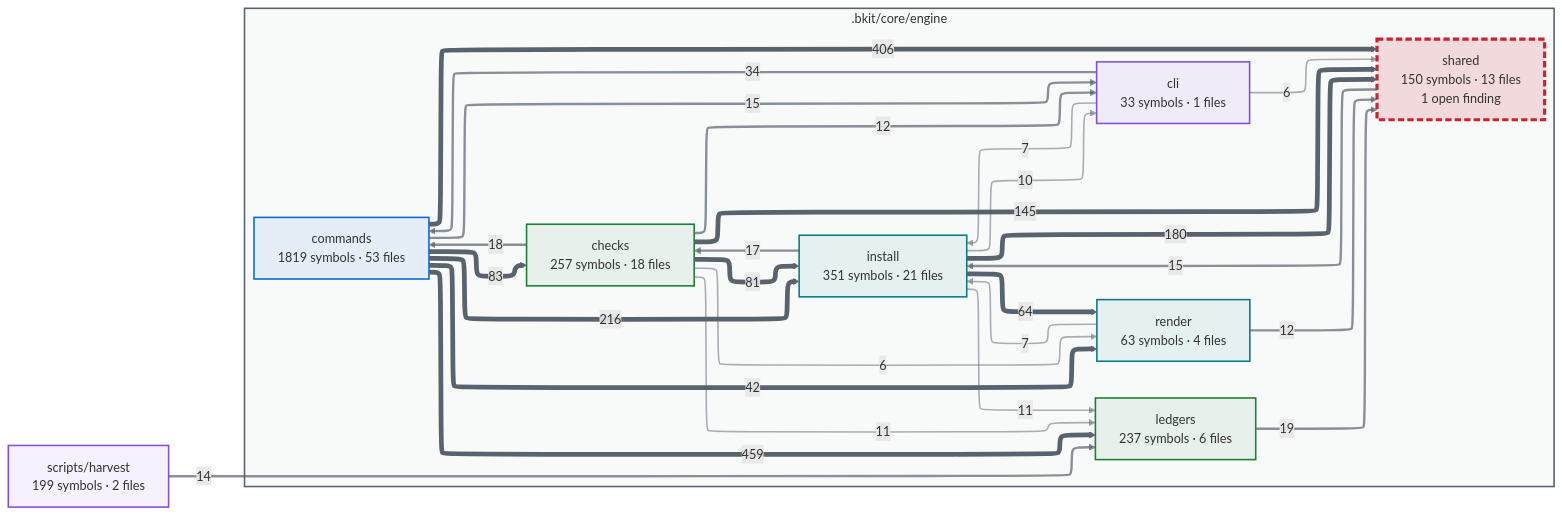
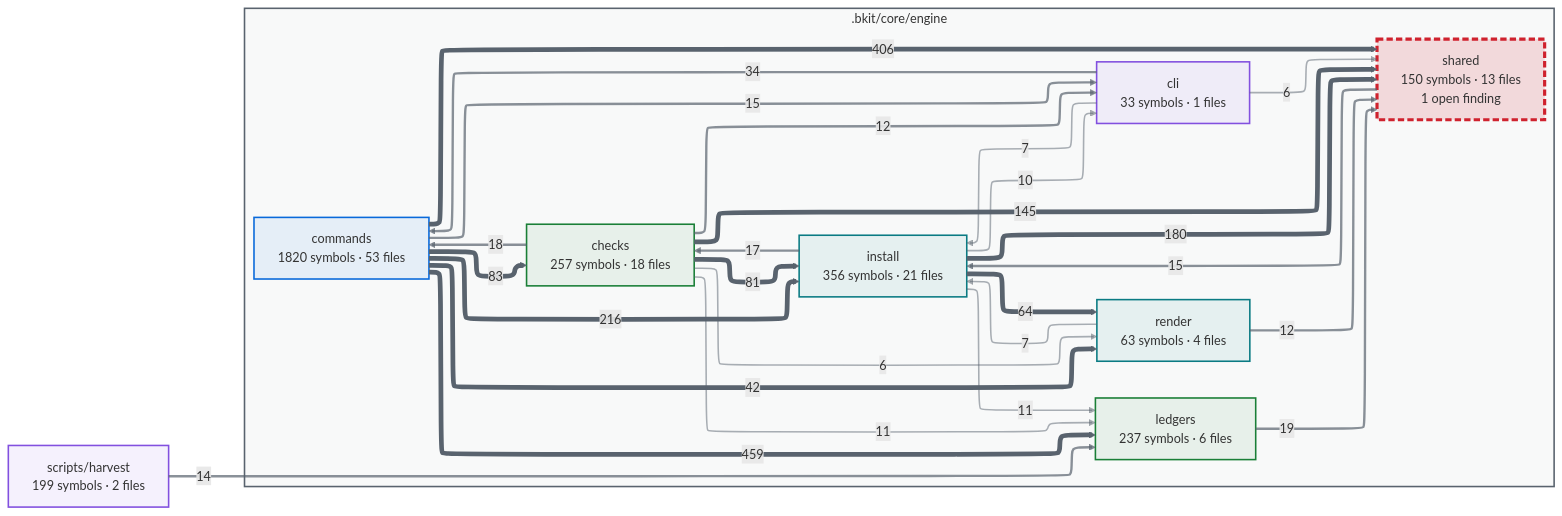
One commit to cbartens/bkit changed the first of 2 diagrams in docs/capabilities.md. Above: the diagram before and after it, drawn with Mermaid. The commit also changed other lines of this file and 554 other files, not shown here.

````diff
--- a/docs/capabilities.md
+++ b/docs/capabilities.md
@@ -154,80 +154,80 @@
 ```mermaid
 ---
 config:
   layout: elk
   themeCSS: "marker { overflow: visible; } marker path { transform: scale(1.8); transform-origin: 5px 5px; }"
   flowchart:
     useMaxWidth: false
 ---
 flowchart LR
   %% Generated by bkit-graphify-rollup.py — do not edit
   subgraph gn_bkit_core_engine[".bkit/core/engine"]
     n_bkit_core_engine_checks["checks<br/>257 symbols · 18 files"]
     n_bkit_core_engine_cli["cli<br/>33 symbols · 1 files"]
-    n_bkit_core_engine_commands["commands<br/>1819 symbols · 53 files"]
-    n_bkit_core_engine_install["install<br/>351 symbols · 21 files"]
+    n_bkit_core_engine_commands["commands<br/>1820 symbols · 53 files"]
+    n_bkit_core_engine_install["install<br/>356 symbols · 21 files"]
     n_bkit_core_engine_ledgers["ledgers<br/>237 symbols · 6 files"]
     n_bkit_core_engine_render["render<br/>63 symbols · 4 files"]
     n_bkit_core_engine_shared["shared<br/>150 symbols · 13 files<br/>1 open finding"]
   end
   nscripts_harvest["scripts/harvest<br/>199 symbols · 2 files"]
   n_bkit_core_engine_commands -->|459| n_bkit_core_engine_ledgers
   n_bkit_core_engine_commands -->|406| n_bkit_core_engine_shared
   n_bkit_core_engine_commands -->|216| n_bkit_core_engine_install
   n_bkit_core_engine_install -->|180| n_bkit_core_engine_shared
   n_bkit_core_engine_checks -->|145| n_bkit_core_engine_shared
   n_bkit_core_engine_commands -->|83| n_bkit_core_engine_checks
   n_bkit_core_engine_checks -->|81| n_bkit_core_engine_install
   n_bkit_core_engine_install -->|64| n_bkit_core_engine_render
   n_bkit_core_engine_commands -->|42| n_bkit_core_engine_render
   n_bkit_core_engine_cli -->|34| n_bkit_core_engine_commands
   n_bkit_core_engine_ledgers -->|19| n_bkit_core_engine_shared
   n_bkit_core_engine_checks -->|18| n_bkit_core_engine_commands
   n_bkit_core_engine_install -->|17| n_bkit_core_engine_checks
   n_bkit_core_engine_shared -->|15| n_bkit_core_engine_install
   n_bkit_core_engine_commands -->|15| n_bkit_core_engine_cli
   nscripts_harvest -->|14| n_bkit_core_engine_ledgers
   n_bkit_core_engine_checks -->|12| n_bkit_core_engine_cli
   n_bkit_core_engine_render -->|12| n_bkit_core_engine_shared
   n_bkit_core_engine_checks -->|11| n_bkit_core_engine_ledgers
   n_bkit_core_engine_install -->|11| n_bkit_core_engine_ledgers
   n_bkit_core_engine_install -->|10| n_bkit_core_engine_cli
   n_bkit_core_engine_cli -->|7| n_bkit_core_engine_install
   n_bkit_core_engine_render -->|7| n_bkit_core_engine_install
   n_bkit_core_engine_checks -->|6| n_bkit_core_engine_render
   n_bkit_core_engine_cli -->|6| n_bkit_core_engine_shared
   style gn_bkit_core_engine fill:#59636e0a,stroke:#59636e,stroke-width:2px
   style n_bkit_core_engine_checks stroke:#1a7f37,stroke-width:2px,fill:#1a7f3714
   style n_bkit_core_engine_cli stroke:#8250df,stroke-width:2px,fill:#8250df14
   style n_bkit_core_engine_commands stroke:#0969da,stroke-width:2px,fill:#0969da14
   style n_bkit_core_engine_install stroke:#0a7b83,stroke-width:2px,fill:#0a7b8314
   style n_bkit_core_engine_ledgers stroke:#1a7f37,stroke-width:2px,fill:#1a7f3714
   style n_bkit_core_engine_render stroke:#0a7b83,stroke-width:2px,fill:#0a7b8314
   style n_bkit_core_engine_shared stroke:#cf222e,stroke-width:4px,stroke-dasharray:8 4,fill:#cf222e26
   style nscripts_harvest stroke:#8250df,stroke-width:2px,fill:#8250df14
   linkStyle 0 stroke:#59636e,stroke-width:6px
   linkStyle 1 stroke:#59636e,stroke-width:6px
   linkStyle 2 stroke:#59636e,stroke-width:6px
   linkStyle 3 stroke:#59636e,stroke-width:6px
   linkStyle 4 stroke:#59636e,stroke-width:6px
   linkStyle 5 stroke:#59636e,stroke-width:6px
   linkStyle 6 stroke:#59636e,stroke-width:6px
   linkStyle 7 stroke:#59636e,stroke-width:6px
   linkStyle 8 stroke:#59636e,stroke-width:6px
   linkStyle 9 stroke:#59636eb3,stroke-width:3px
   linkStyle 10 stroke:#59636eb3,stroke-width:3px
   linkStyle 11 stroke:#59636eb3,stroke-width:3px
   linkStyle 12 stroke:#59636eb3,stroke-width:3px
   linkStyle 13 stroke:#59636eb3,stroke-width:3px
   linkStyle 14 stroke:#59636eb3,stroke-width:3px
   linkStyle 15 stroke:#59636eb3,stroke-width:3px
   linkStyle 16 stroke:#59636eb3,stroke-width:3px
   linkStyle 17 stroke:#59636eb3,stroke-width:3px
   linkStyle 18 stroke:#59636e80,stroke-width:2px
   linkStyle 19 stroke:#59636e80,stroke-width:2px
   linkStyle 20 stroke:#59636e80,stroke-width:2px
   linkStyle 21 stroke:#59636e80,stroke-width:2px
   linkStyle 22 stroke:#59636e80,stroke-width:2px
   linkStyle 23 stroke:#59636e80,stroke-width:2px
   linkStyle 24 stroke:#59636e80,stroke-width:2px
 ```
````
